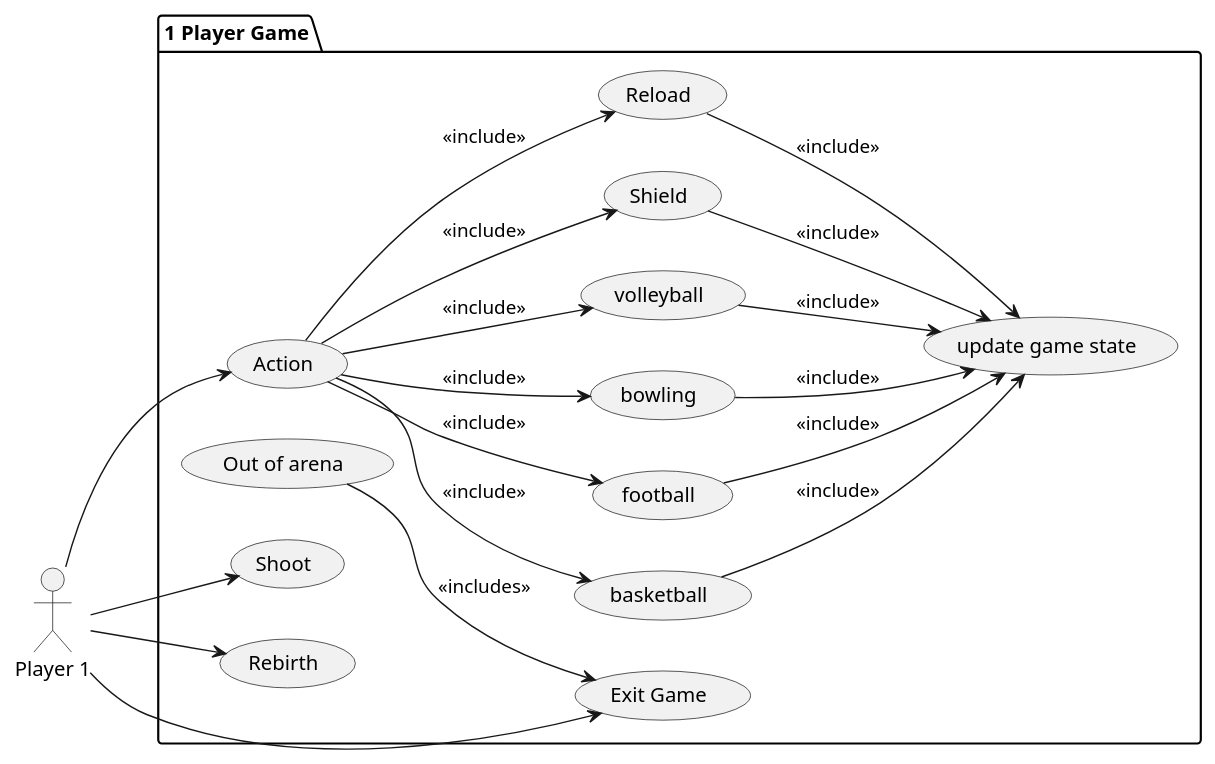
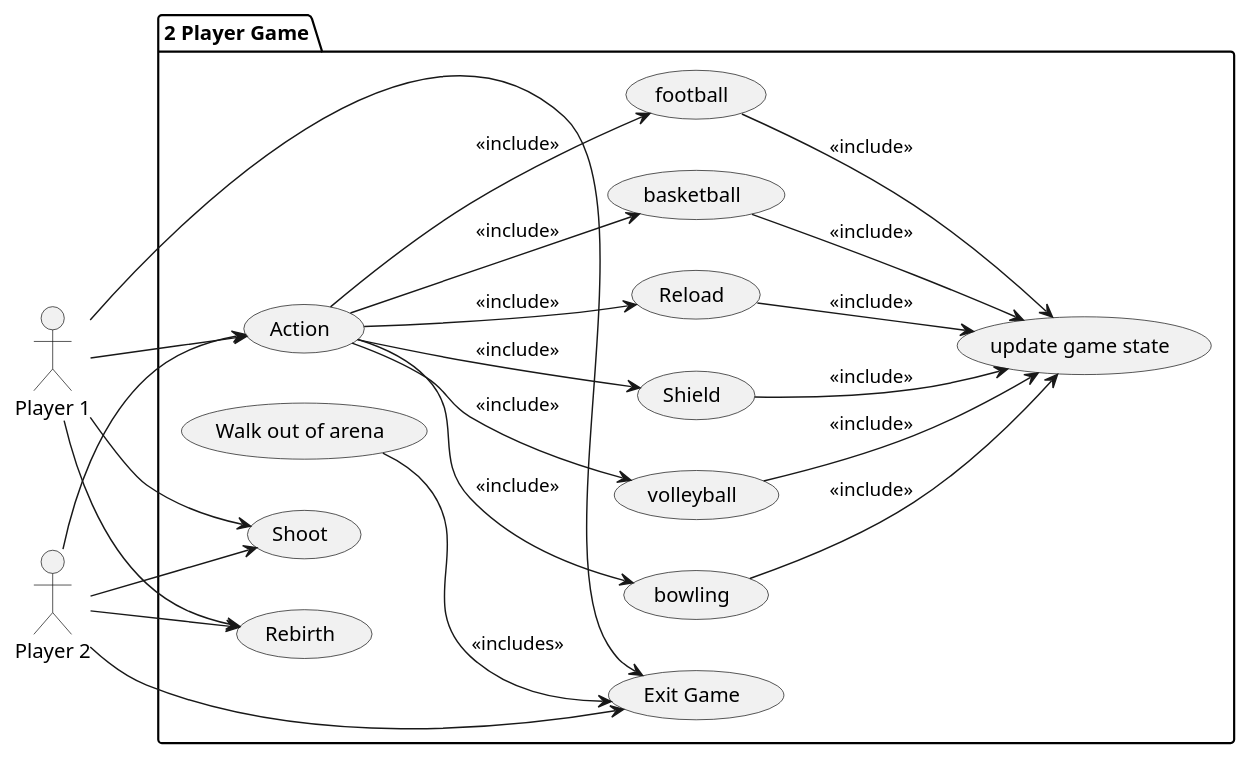
Before and after one commit to J0shuaLeong/CG4002: the diagram in Diagrams/Use Case.puml, drawn with PlantUML. The commit also changed 3 other files, not shown here.

```diff
--- a/Diagrams/Use Case.puml
+++ b/Diagrams/Use Case.puml
@@ -1,42 +1,47 @@
 @startuml
 left to right direction
 
 actor "Player 1" as g1
+actor "Player 2" as g2
 
-package "1 Player Game"{
+package "2 Player Game"{
   usecase "Action" as UC1
   usecase "basketball" as bb
   usecase "football" as fb
   usecase "bowling" as bw
   usecase "volleyball" as vb
-  usecase "Out of arena" as z
+  usecase "Walk out of arena" as z
   usecase "Shoot" as sh
   usecase "Shield" as shield
   usecase "Reload" as r
   usecase "Exit Game" as exit
   usecase "update game state" as score
   usecase "Rebirth" as rb
 }
 
 g1 --> UC1
+g2 --> UC1
 g1 --> rb
+g2 --> rb
 g1 --> sh
+g2 --> sh
 
 UC1 --> bb: <<include>>
 UC1 --> fb: <<include>>
 UC1 --> bw: <<include>>
 UC1 --> vb: <<include>>
 UC1 --> shield: <<include>>
 UC1 --> r: <<include>>
 
 g1 --> exit
+g2 --> exit
 z --> exit: <<includes>>
 
 bb --> score: <<include>>
 fb --> score: <<include>>
 bw --> score: <<include>>
 vb --> score: <<include>>
 r --> score: <<include>>
 shield --> score: <<include>>
 
 @enduml
```
